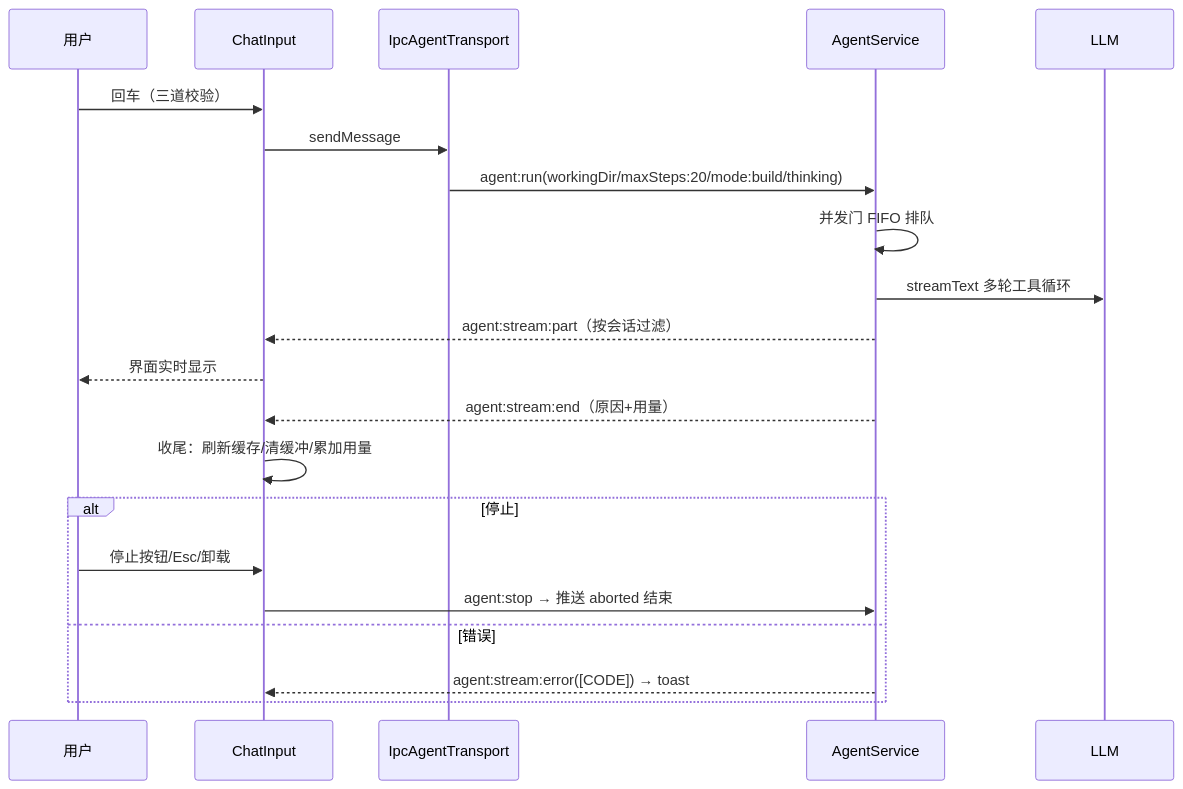
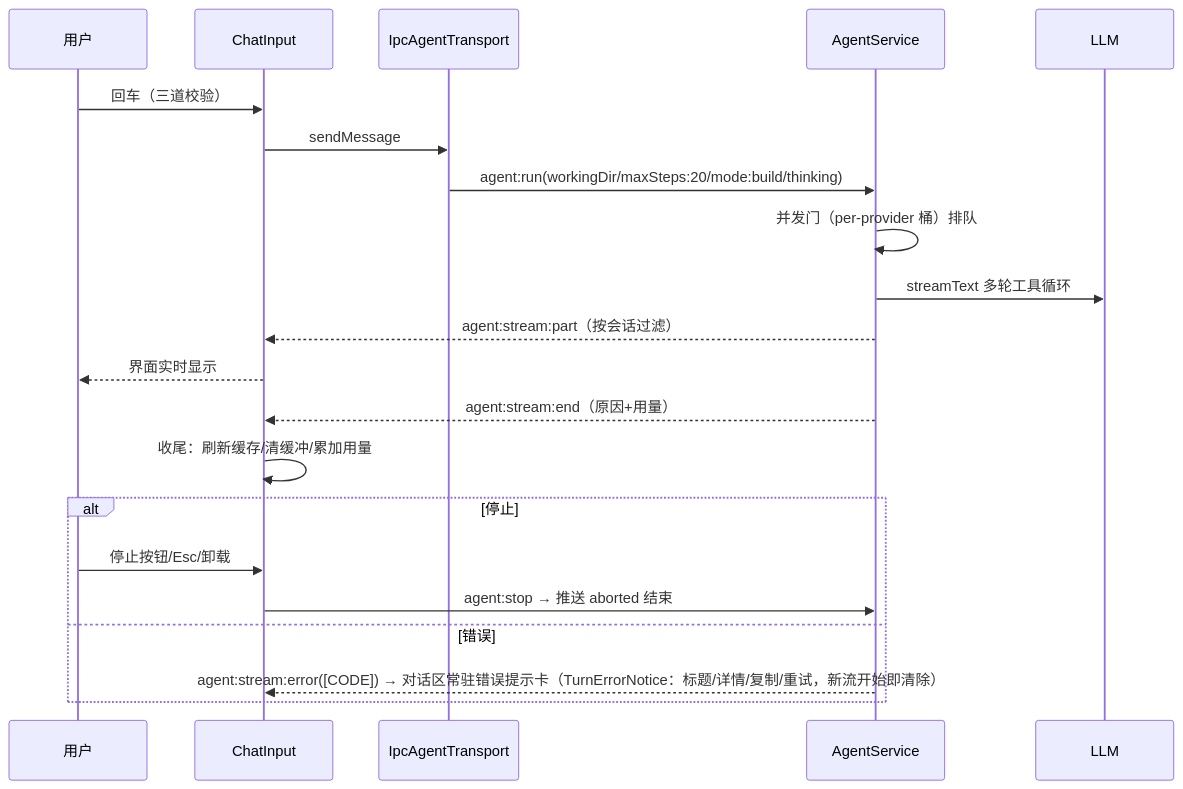
Diagram 18 of 22 in docs/design/09-ux-interaction-spec.md (zlh12331/superagent), drawn with Mermaid before and after one commit. The commit also changed other lines of this file and 1174 other files, not shown here.

````diff
--- a/docs/design/09-ux-interaction-spec.md
+++ b/docs/design/09-ux-interaction-spec.md
@@ -532,23 +532,23 @@
 ```mermaid
 sequenceDiagram
   participant U as 用户
   participant C as ChatInput
   participant T as IpcAgentTransport
   participant M as AgentService
   participant L as LLM
   U->>C: 回车（三道校验）
   C->>T: sendMessage
   T->>M: agent:run(workingDir/maxSteps:20/mode:build/thinking)
-  M->>M: 并发门 FIFO 排队
+  M->>M: 并发门（per-provider 桶）排队
   M->>L: streamText 多轮工具循环
   M-->>C: agent:stream:part（按会话过滤）
   C-->>U: 界面实时显示
   M-->>C: agent:stream:end（原因+用量）
   C->>C: 收尾：刷新缓存/清缓冲/累加用量
   alt 停止
     U->>C: 停止按钮/Esc/卸载
     C->>M: agent:stop → 推送 aborted 结束
   else 错误
-    M-->>C: agent:stream:error([CODE]) → toast
+    M-->>C: agent:stream:error([CODE]) → 对话区常驻错误提示卡（TurnErrorNotice：标题/详情/复制/重试，新流开始即清除）
   end
 ```
````
